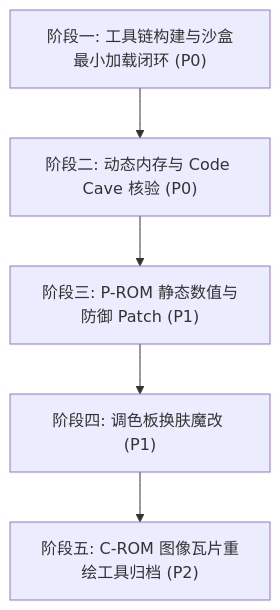
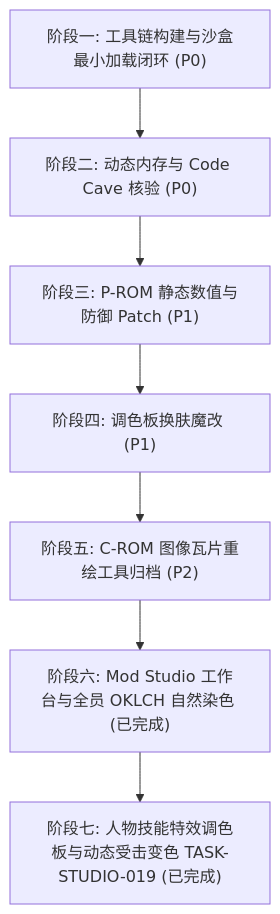
Before and after one commit to yxiaojiang/REA_KOK97: the diagram in Plan.md, drawn with Mermaid. The commit also changed other lines of this file and 12 other files, not shown here.

Commit message:
feat(vfx): add skill VFX palette recoloring and P1 68000 on-hit effect sync (TASK-STUDIO-019)

````diff
--- a/Plan.md
+++ b/Plan.md
@@ -11,7 +11,9 @@
 ```mermaid
 flowchart TD
     P1["阶段一: 工具链构建与沙盒最小加载闭环 (P0)"] --> P2["阶段二: 动态内存与 Code Cave 核验 (P0)"]
     P2 --> P3["阶段三: P-ROM 静态数值与防御 Patch (P1)"]
     P3 --> P4["阶段四: 调色板换肤魔改 (P1)"]
     P4 --> P5["阶段五: C-ROM 图像瓦片重绘工具归档 (P2)"]
+    P5 --> P6["阶段六: Mod Studio 工作台与全员 OKLCH 自然染色 (已完成)"]
+    P6 --> P7["阶段七: 人物技能特效调色板与动态受击变色 TASK-STUDIO-019 (已完成)"]
 ```
````
